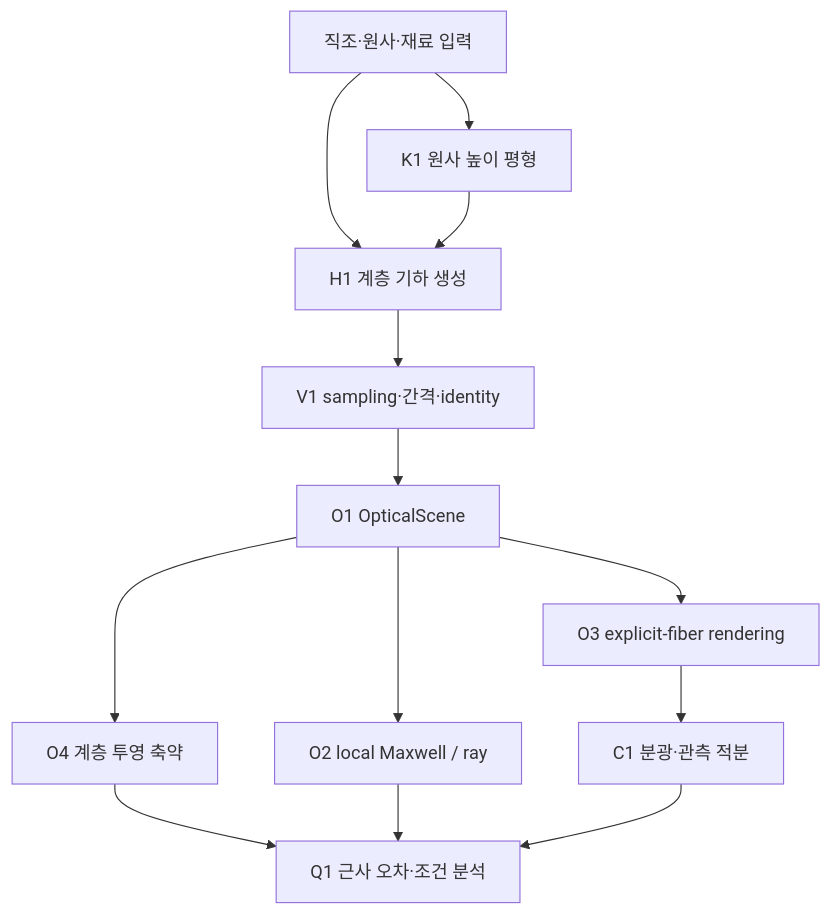
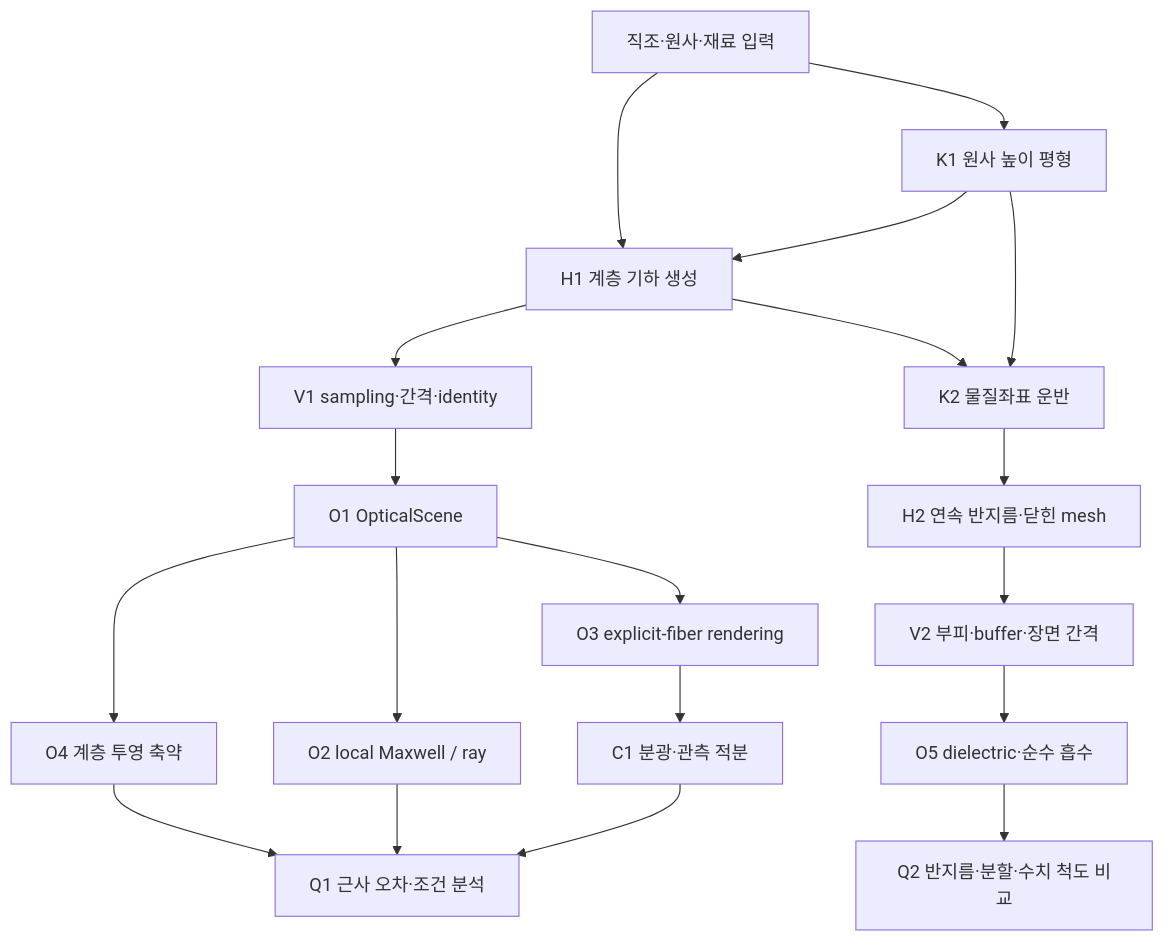
Before and after one commit to oparis145/textile-appearance-research-: the first of 2 diagrams in docs/RESEARCH_DESIGN_KO.md, drawn with Mermaid. The commit also changed other lines of this file and 14 other files, not shown here.

````diff
--- a/docs/RESEARCH_DESIGN_KO.md
+++ b/docs/RESEARCH_DESIGN_KO.md
@@ -89,15 +89,21 @@
 ```mermaid
 flowchart TD
     I["직조·원사·재료 입력"] --> H["H1 계층 기하 생성"]
     I --> K["K1 원사 높이 평형"]
     K --> H
     H --> V["V1 sampling·간격·identity"]
+    H --> K2["K2 물질좌표 운반"]
+    K --> K2
+    K2 --> H2["H2 연속 반지름·닫힌 mesh"]
+    H2 --> V2["V2 부피·buffer·장면 간격"]
+    V2 --> O5["O5 dielectric·순수 흡수"]
     V --> O["O1 OpticalScene"]
     O --> W["O2 local Maxwell / ray"]
     O --> R["O3 explicit-fiber rendering"]
     O --> A["O4 계층 투영 축약"]
     R --> C["C1 분광·관측 적분"]
     A --> Q["Q1 근사 오차·조건 분석"]
     W --> Q
     C --> Q
+    O5 --> Q2["Q2 반지름·분할·수치 척도 비교"]
 ```
````
